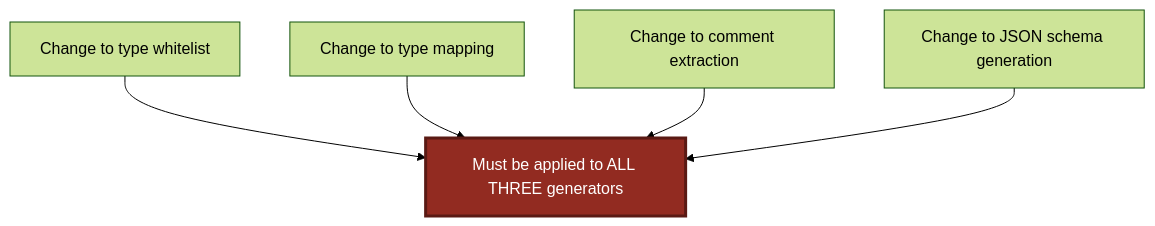
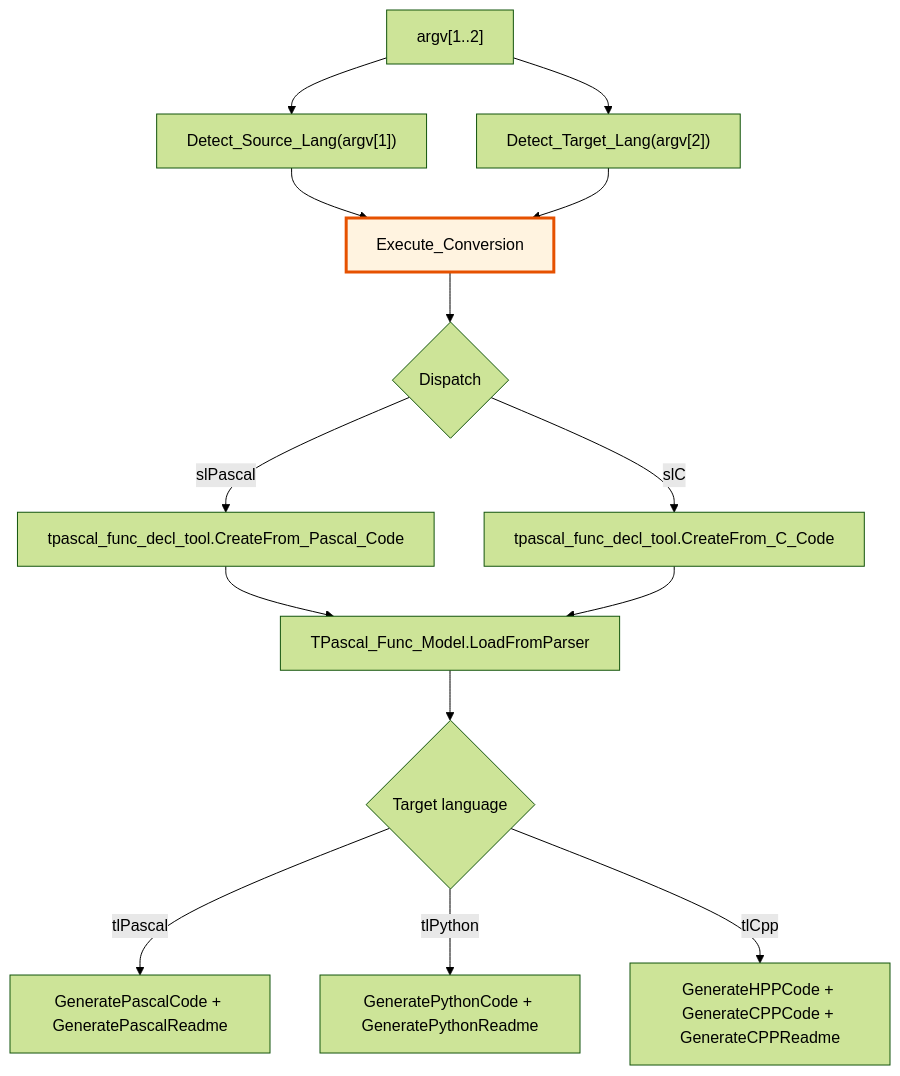
Before and after one commit to PassByYou888/LingoFuse-Tools: the fifth of 7 diagrams in src/pascal_c_to_mcp/code_decl_to_mcp_knowledge_base.md, drawn with Mermaid (forest theme). The commit also changed other lines of this file and 35 other files, not shown here.

````diff
--- a/src/pascal_c_to_mcp/code_decl_to_mcp_knowledge_base.md
+++ b/src/pascal_c_to_mcp/code_decl_to_mcp_knowledge_base.md
@@ -593,14 +244,18 @@
 ```mermaid
-flowchart TB
-    A["Change to type whitelist"]
-    B["Change to type mapping"]
-    C["Change to comment extraction"]
-    D["Change to JSON schema generation"]
+flowchart TD
+    A["argv[1..2]"] --> B["Detect_Source_Lang(argv[1])"]
+    A --> C["Detect_Target_Lang(argv[2])"]
+    B --> D["Execute_Conversion"]
+    C --> D
+    D --> E{"Dispatch"}
+    E -- slPascal --> F1["tpascal_func_decl_tool.CreateFrom_Pascal_Code"]
+    E -- slC --> F2["tpascal_func_decl_tool.CreateFrom_C_Code"]
+    F1 --> G["TPascal_Func_Model.LoadFromParser"]
+    F2 --> G
+    G --> H{"Target language"}
+    H -- tlPascal --> I1["GeneratePascalCode + GeneratePascalReadme"]
+    H -- tlPython --> I2["GeneratePythonCode + GeneratePythonReadme"]
+    H -- tlCpp --> I3["GenerateHPPCode + GenerateCPPCode + GenerateCPPReadme"]
 
-    A --> X["Must be applied to ALL THREE generators"]
-    B --> X
-    C --> X
-    D --> X
-
-    style X fill:#922B21,stroke:#5A1A14,stroke-width:3px,color:#FFFFFF
+    style D fill:#fff3e0,stroke:#e65100,stroke-width:3px
 ```
````
